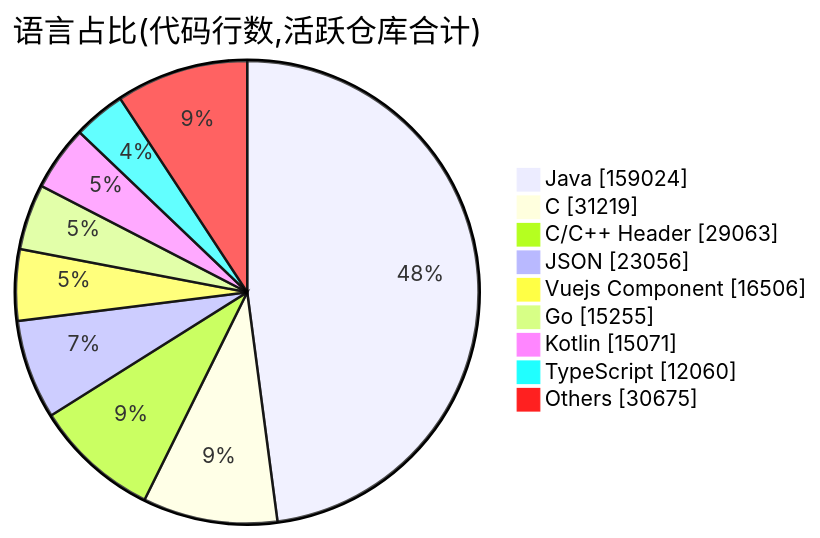
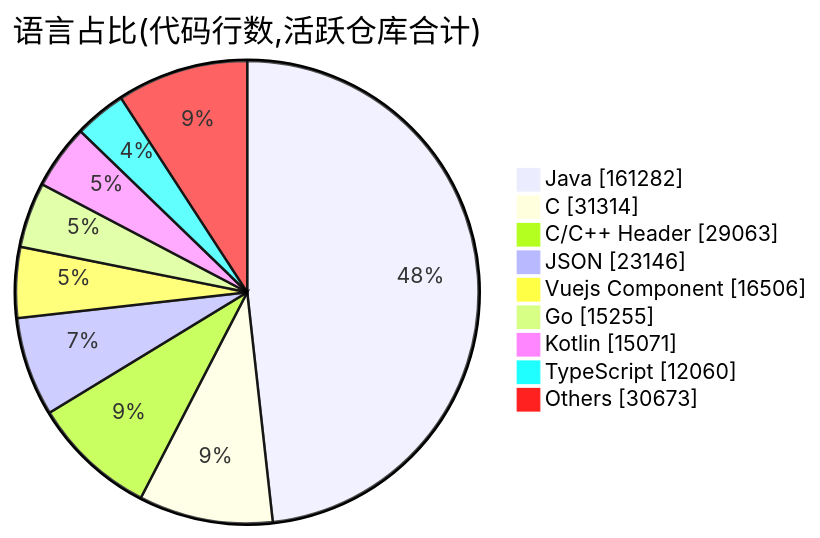
Before and after one commit to Conflux-Union/.github: the second of 2 diagrams in profile/README.md, drawn with Mermaid. The commit also changed other lines of this file and 1 other file, not shown here.

````diff
--- a/profile/README.md
+++ b/profile/README.md
@@ -78,13 +78,13 @@
 ```mermaid
 pie showData
     title 语言占比(代码行数,活跃仓库合计)
-    "Java" : 159024
-    "C" : 31219
+    "Java" : 161282
+    "C" : 31314
     "C/C++ Header" : 29063
-    "JSON" : 23056
+    "JSON" : 23146
     "Vuejs Component" : 16506
     "Go" : 15255
     "Kotlin" : 15071
     "TypeScript" : 12060
-    "Others" : 30675
+    "Others" : 30673
 ```
````
